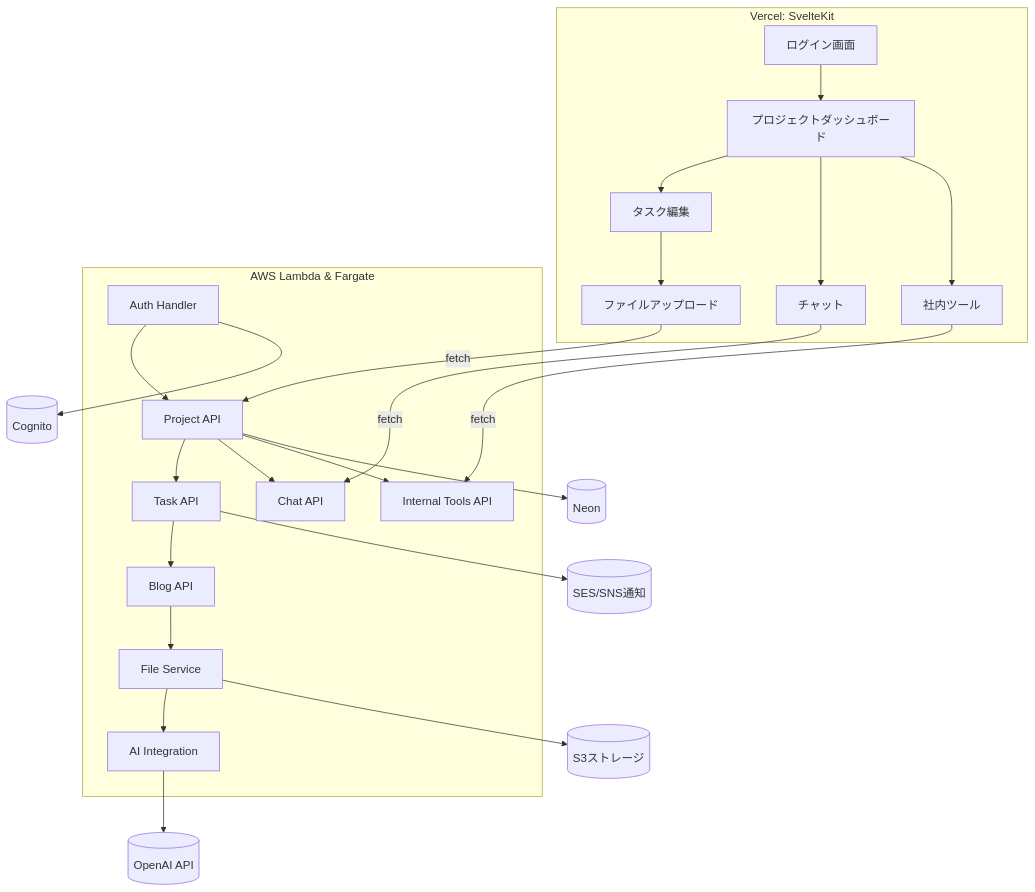
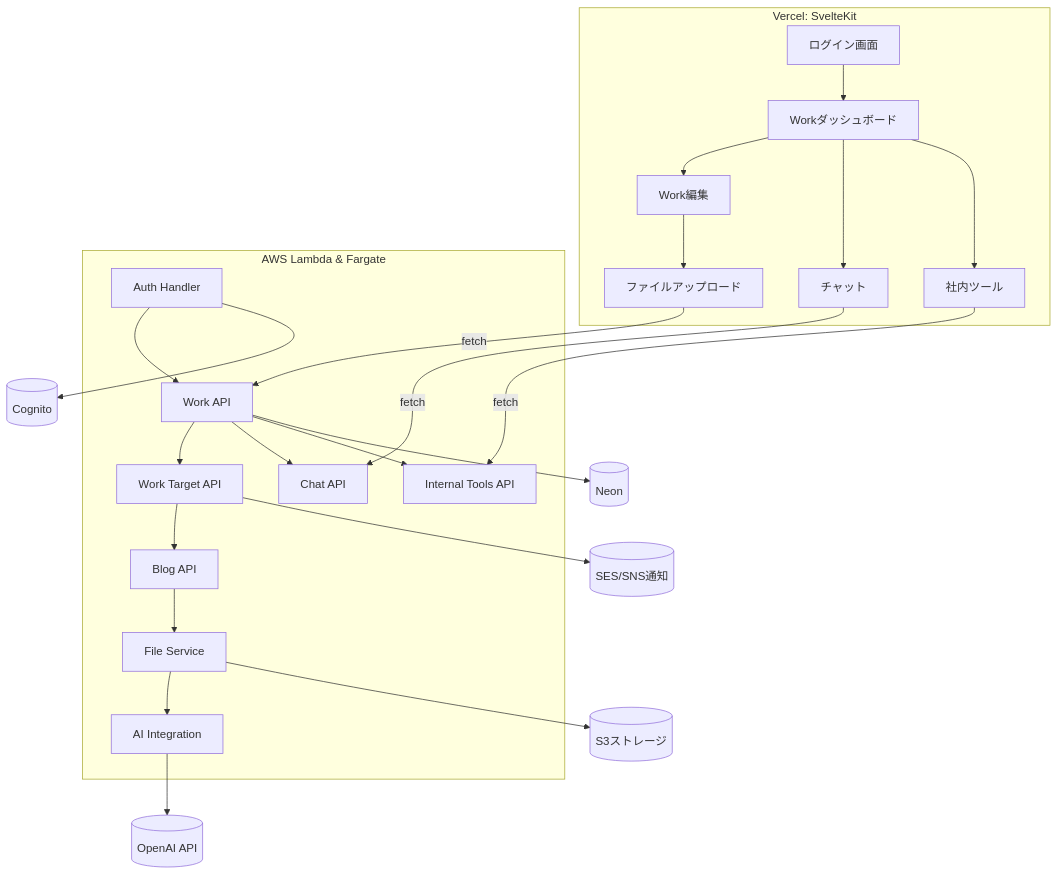
The second of 3 diagrams in architecture.md (kuturogi99with99jazz/sister2-docs), drawn with Mermaid before and after one commit. The commit also changed other lines of this file, not shown here.

````diff
--- a/architecture.md
+++ b/architecture.md
@@ -64,29 +64,29 @@
 ```mermaid
 graph TD
   subgraph Frontend [Vercel: SvelteKit]
-    UI1[ログイン画面] --> UI2[プロジェクトダッシュボード]
-    UI2 --> UI3[タスク編集]
+    UI1[ログイン画面] --> UI2[Workダッシュボード]
+    UI2 --> UI3[Work編集]
     UI3 --> UI4[ファイルアップロード]
     UI2 --> UI5[チャット]
     UI2 --> UI6[社内ツール]
   end
 
   subgraph Backend [AWS Lambda & Fargate]
-    L1[Auth Handler] --> L2[Project API]
-    L2 --> L3[Task API]
+    L1[Auth Handler] --> L2[Work API]
+    L2 --> L3[Work Target API]
     L3 --> L4[Blog API]
     L4 --> L5[File Service]
     L5 --> L6[AI Integration]
     L2 --> L7[Chat API]
     L2 --> L8[Internal Tools API]
   end
 
   UI4 -->|fetch| L2
   UI5 -->|fetch| L7
   UI6 -->|fetch| L8
   L2 --> DB[(Neon)]
   L5 --> S3[(S3ストレージ)]
   L6 --> OAI[(OpenAI API)]
   L1 --> COG[(Cognito)]
   L3 --> SNS[(SES/SNS通知)]
 ```
````
